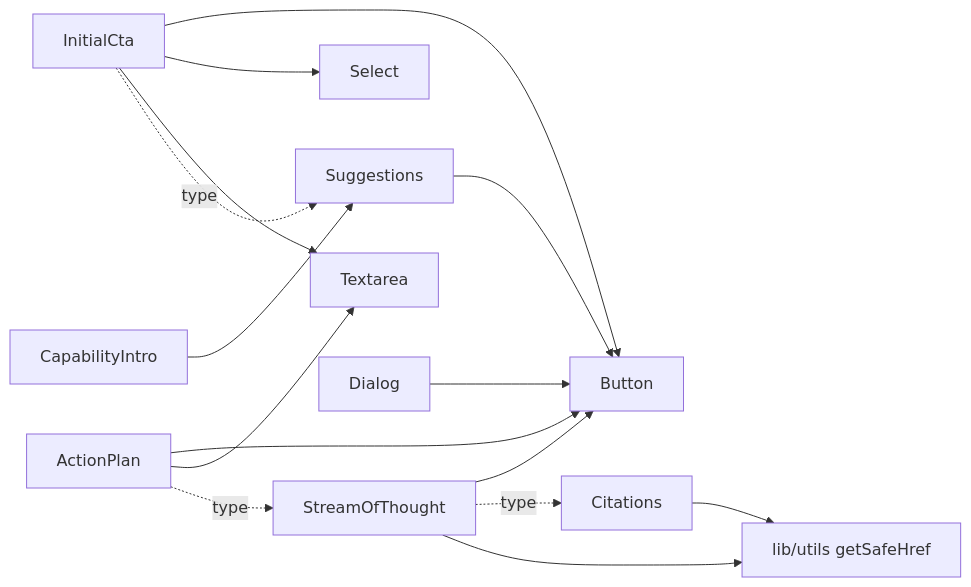
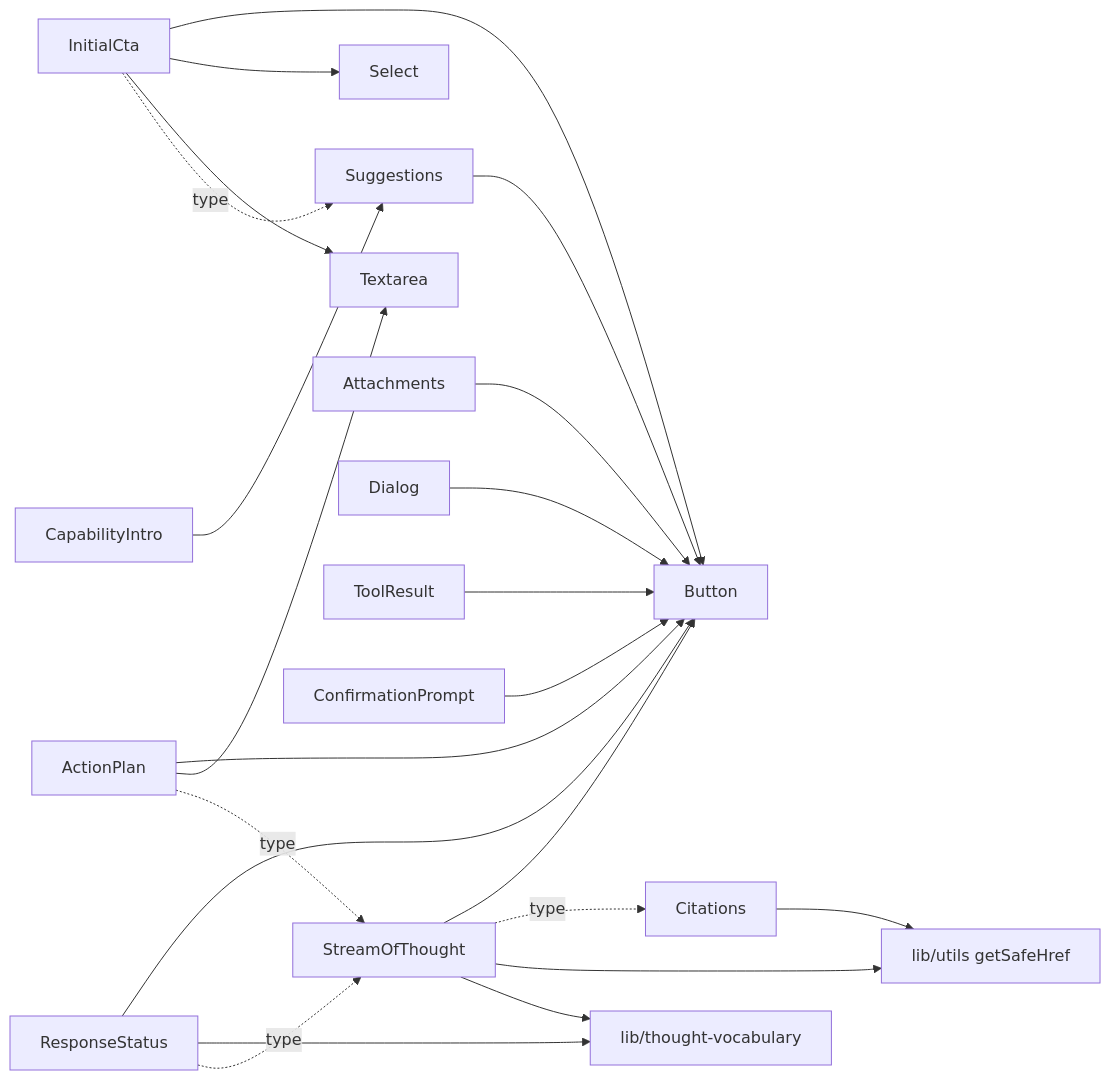
The diagram in CONTEXT.md (amaltapalov/conversational-ai-components), drawn with Mermaid before and after one commit. The commit also changed other lines of this file and 8 other files, not shown here.

First line of the commit message:
feat(xds): add confirmation prompt, tool result, and response status components

````diff
--- a/CONTEXT.md
+++ b/CONTEXT.md
@@ -92,17 +98,24 @@
 ```mermaid
 graph LR
   CapabilityIntro --> Suggestions
   InitialCta --> Button
   InitialCta --> Select
   InitialCta --> Textarea
   InitialCta -. type .-> Suggestions
   Suggestions --> Button
   StreamOfThought --> Button
   StreamOfThought -. type .-> Citations
   Citations --> utils[lib/utils getSafeHref]
   StreamOfThought --> utils
+  StreamOfThought --> vocab[lib/thought-vocabulary]
+  ResponseStatus --> Button
+  ResponseStatus --> vocab
+  ResponseStatus -. type .-> StreamOfThought
+  Attachments --> Button
   ActionPlan --> Button
   ActionPlan --> Textarea
   ActionPlan -. type .-> StreamOfThought
   Dialog --> Button
+  ToolResult --> Button
+  ConfirmationPrompt --> Button
 ```
````
